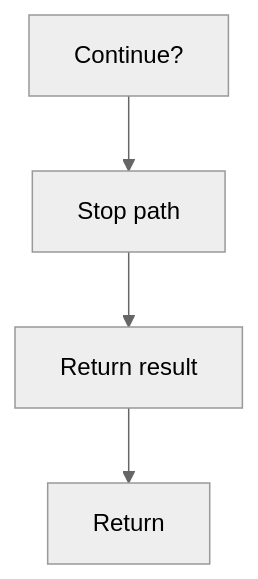
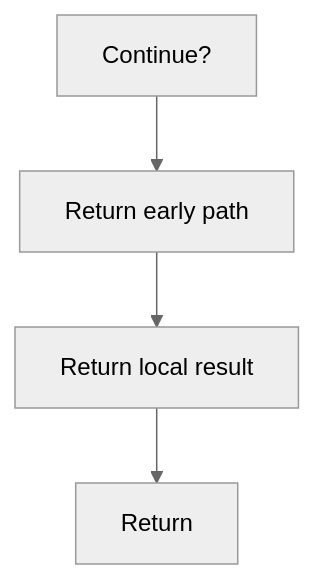
Before and after one commit to JohnAndrewBalbarosa/NeoTerritory: the second of 2 diagrams in docs/Codebase/Microservice/Modules/Source/HashingMechanism/HashLinks/Collect/Flow/functions/lookup_usage_candidates.cpp.md, drawn with Mermaid (neutral theme). The commit also changed other lines of this file and 925 other files, not shown here.

````diff
--- a/docs/Codebase/Microservice/Modules/Source/HashingMechanism/HashLinks/Collect/Flow/functions/lookup_usage_candidates.cpp.md
+++ b/docs/Codebase/Microservice/Modules/Source/HashingMechanism/HashLinks/Collect/Flow/functions/lookup_usage_candidates.cpp.md
@@ -55,10 +55,10 @@
 ```mermaid
 flowchart TD
     N0["Continue?"]
-    N1["Stop path"]
-    N2["Return result"]
+    N1["Return early path"]
+    N2["Return local result"]
     N3["Return"]
     N0 --> N1
     N1 --> N2
     N2 --> N3
 ```
````
